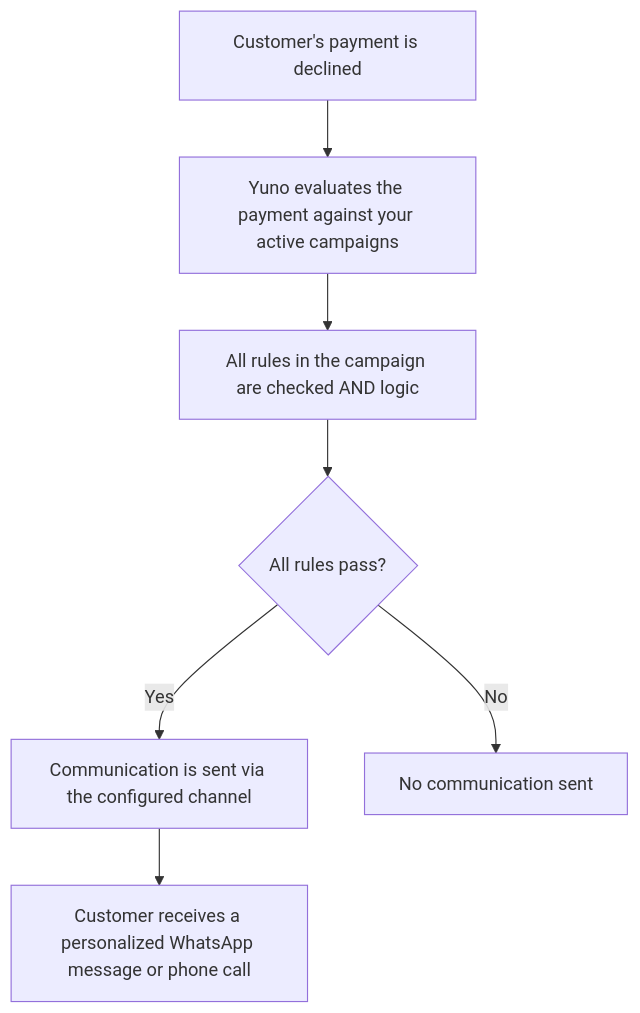
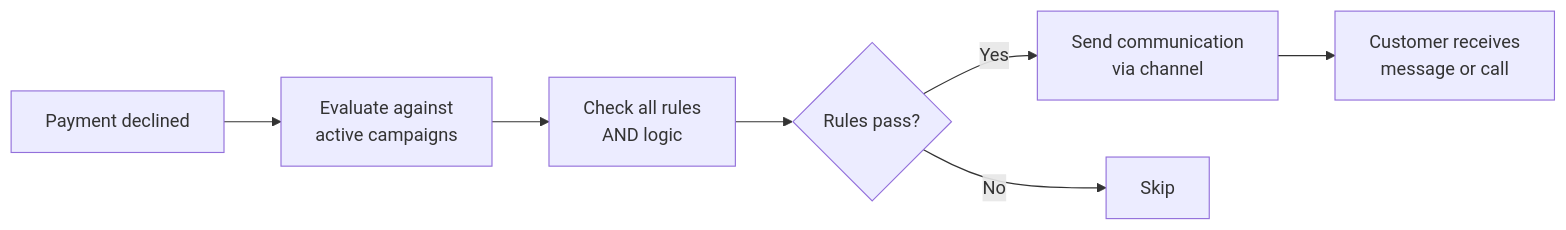
Before and after one commit to yuno-payments/yuno-docs: the diagram in reference/Yuno API Reference/communications-campaigns/index.md, drawn with Mermaid.

Commit message:
Update reference `communications-campaigns`

````diff
--- a/reference/Yuno API Reference/communications-campaigns/index.md
+++ b/reference/Yuno API Reference/communications-campaigns/index.md
@@ -36,9 +36,9 @@
 ```mermaid
-flowchart TD
-    1[Customer's payment is declined] --> 2[Yuno evaluates the payment against your active campaigns]
-    2 --> 3[All rules in the campaign are checked AND logic]
-    3 --> 4{All rules pass?}
-    4 -->|Yes| 5[Communication is sent via the configured channel]
-    4 -->|No| 6[No communication sent]
-    5 --> 7[Customer receives a personalized WhatsApp message or phone call]
+flowchart LR
+    1[Payment declined] --> 2[Evaluate against<br/>active campaigns]
+    2 --> 3[Check all rules<br/>AND logic]
+    3 --> 4{Rules pass?}
+    4 -->|Yes| 5[Send communication<br/>via channel]
+    4 -->|No| 6[Skip]
+    5 --> 7[Customer receives<br/>message or call]
 ```
````
